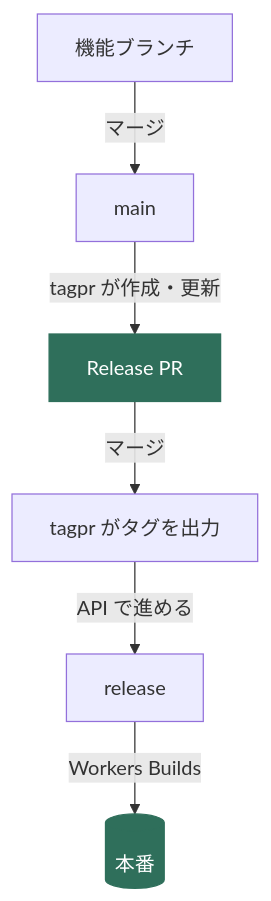
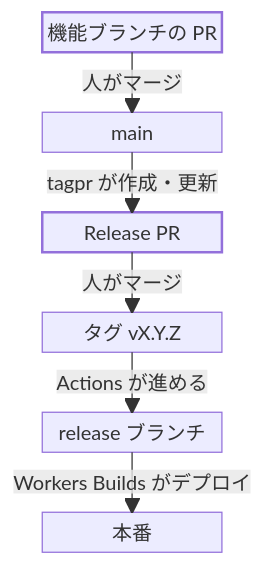
Before and after one commit to kfly8/notes: the diagram in notes/tagpr-workers-builds-release-flow.md, drawn with Mermaid. The commit also changed other lines of this file and 3 other files, not shown here.

First line of the commit message:
図の配色をサイトに合わせ、デプロイ構成の図の幅と色の意味をそろえる

````diff
--- a/notes/tagpr-workers-builds-release-flow.md
+++ b/notes/tagpr-workers-builds-release-flow.md
@@ -19,11 +19,22 @@
 ```mermaid
-flowchart TD
-  feat[機能ブランチ] -->|マージ| main[main]
-  main -->|tagpr が作成・更新| rpr[Release PR]
-  rpr -->|マージ| tag[tagpr がタグを出力]
-  tag -->|API で進める| rel[release]
-  rel -->|Workers Builds| prod[(本番)]
-
-  classDef hot fill:#2f6f5b,color:#fff,stroke:#2f6f5b
-  class rpr,prod hot
+block-beta
+  columns 1
+  feat["機能ブランチの PR"]
+  space
+  main["main"]
+  space
+  rpr["Release PR"]
+  space
+  tag["タグ vX.Y.Z"]
+  space
+  rel["release ブランチ"]
+  space
+  prod["本番"]
+  feat -- "人がマージ" --> main
+  main -- "tagpr が作成・更新" --> rpr
+  rpr -- "人がマージ" --> tag
+  tag -- "Actions が進める" --> rel
+  rel -- "Workers Builds がデプロイ" --> prod
+  classDef accent stroke-width:2px
+  class feat,rpr accent
 ```
````
